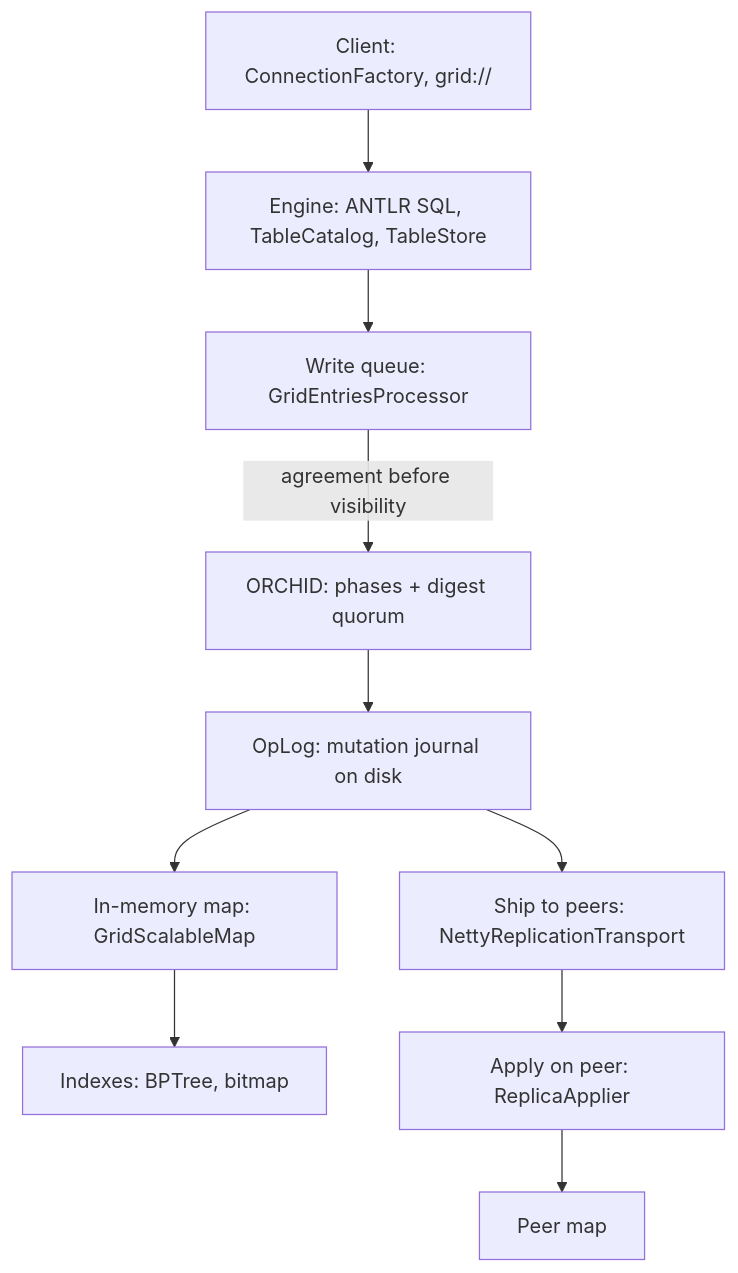
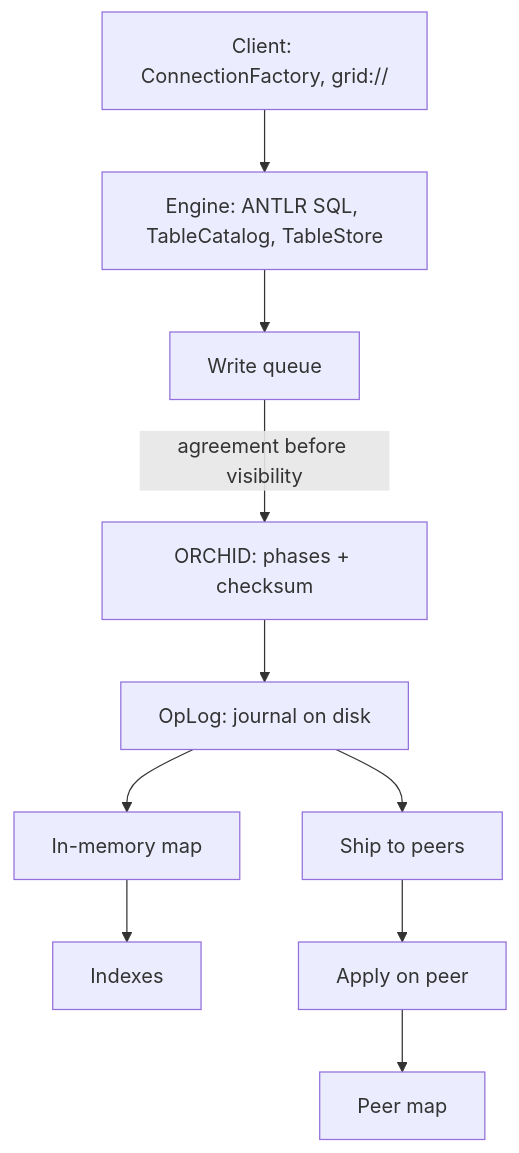
The diagram in docs/en/understand/architecture-overview.md (GenCloud/grid-sql), drawn with Mermaid before and after one commit. The commit also changed other lines of this file and 66 other files, not shown here.

````diff
--- a/docs/en/understand/architecture-overview.md
+++ b/docs/en/understand/architecture-overview.md
@@ -9,12 +16,12 @@
 ```mermaid
 flowchart TB
   API["Client: ConnectionFactory, grid://"] --> Engine["Engine: ANTLR SQL, TableCatalog, TableStore"]
-  Engine --> Stage["Write queue: GridEntriesProcessor"]
-  Stage -->|"agreement before visibility"| Orchid["ORCHID: phases + digest quorum"]
-  Orchid --> OpLog["OpLog: mutation journal on disk"]
-  OpLog --> Map["In-memory map: GridScalableMap"]
-  Map --> Idx["Indexes: BPTree, bitmap"]
-  OpLog --> Ship["Ship to peers: NettyReplicationTransport"]
-  Ship --> Apply["Apply on peer: ReplicaApplier"]
+  Engine --> Stage["Write queue"]
+  Stage -->|"agreement before visibility"| Orchid["ORCHID: phases + checksum"]
+  Orchid --> OpLog["OpLog: journal on disk"]
+  OpLog --> Map["In-memory map"]
+  Map --> Idx["Indexes"]
+  OpLog --> Ship["Ship to peers"]
+  Ship --> Apply["Apply on peer"]
   Apply --> Map2["Peer map"]
 ```
````
